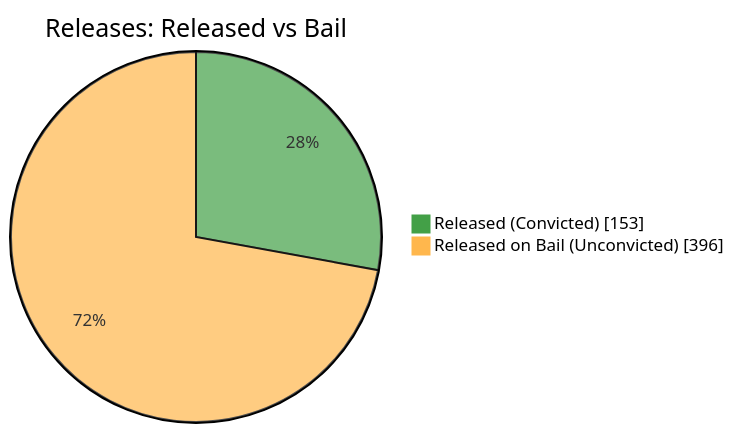
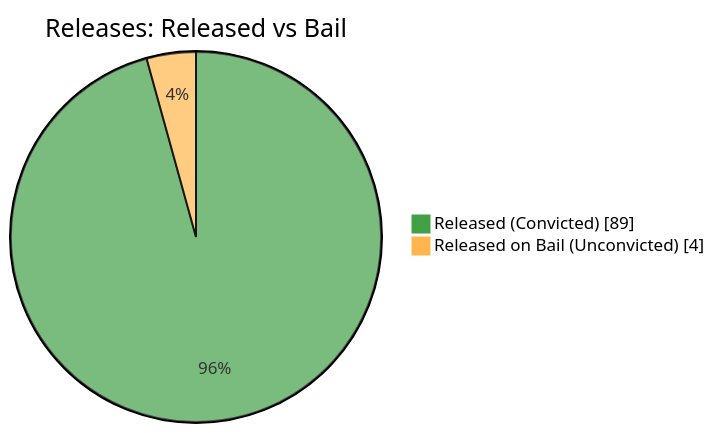
Before and after one commit to nuuuwan/lk_prisons: the fifth of 7 diagrams in README.md, drawn with Mermaid. The commit also changed other lines of this file and 1 other file, not shown here.

````diff
--- a/README.md
+++ b/README.md
@@ -87,6 +87,6 @@
 ```mermaid
 %%{init: {'themeVariables': {'pie1': '#43A047', 'pie2': '#FFB74D'}}}%%
 pie showData title Releases: Released vs Bail
-    "Released (Convicted)" : 153
-    "Released on Bail (Unconvicted)" : 396
+    "Released (Convicted)" : 89
+    "Released on Bail (Unconvicted)" : 4
 ```
````
